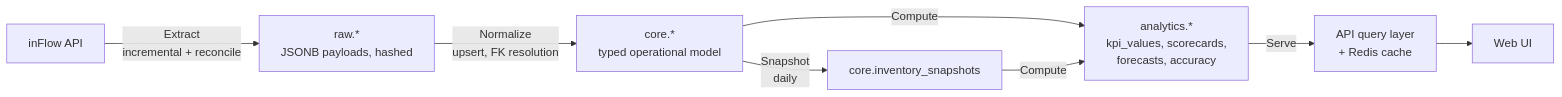
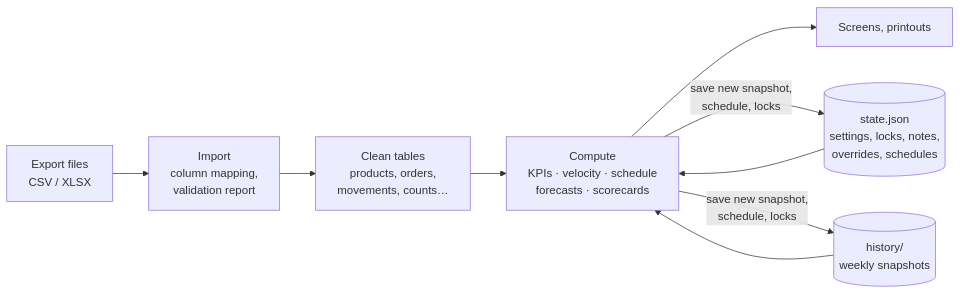
One commit to mdonaldson-prog/Dashboard changed the second of 8 diagrams in docs/SYSTEM_DESIGN.md. Above: the diagram before and after it, drawn with Mermaid. The commit also changed other lines of this file and 1 other file, not shown here.

First line of the commit message:
Redesign as a zero-maintenance single-file app fed by inFlow exports (v2)

````diff
--- a/docs/SYSTEM_DESIGN.md
+++ b/docs/SYSTEM_DESIGN.md
@@ -154,9 +109,10 @@
 ```mermaid
 flowchart LR
-    A[inFlow API] -->|Extract<br/>incremental + reconcile| B[raw.*<br/>JSONB payloads, hashed]
-    B -->|Normalize<br/>upsert, FK resolution| C[core.*<br/>typed operational model]
-    C -->|Snapshot<br/>daily| D[core.inventory_snapshots]
-    C & D -->|Compute| E[analytics.*<br/>kpi_values, scorecards,<br/>forecasts, accuracy]
-    E -->|Serve| F[API query layer<br/>+ Redis cache]
-    F --> G[Web UI]
+    A[Export files<br/>CSV / XLSX] --> B[Import<br/>column mapping,<br/>validation report]
+    B --> C[Clean tables<br/>products, orders,<br/>movements, counts…]
+    S[(state.json<br/>settings, locks, notes,<br/>overrides, schedules)] --> D
+    H[(history/<br/>weekly snapshots)] --> D
+    C --> D[Compute<br/>KPIs · velocity · schedule<br/>forecasts · scorecards]
+    D --> E[Screens, printouts]
+    D -- "save new snapshot,<br/>schedule, locks" --> S & H
 ```
````
